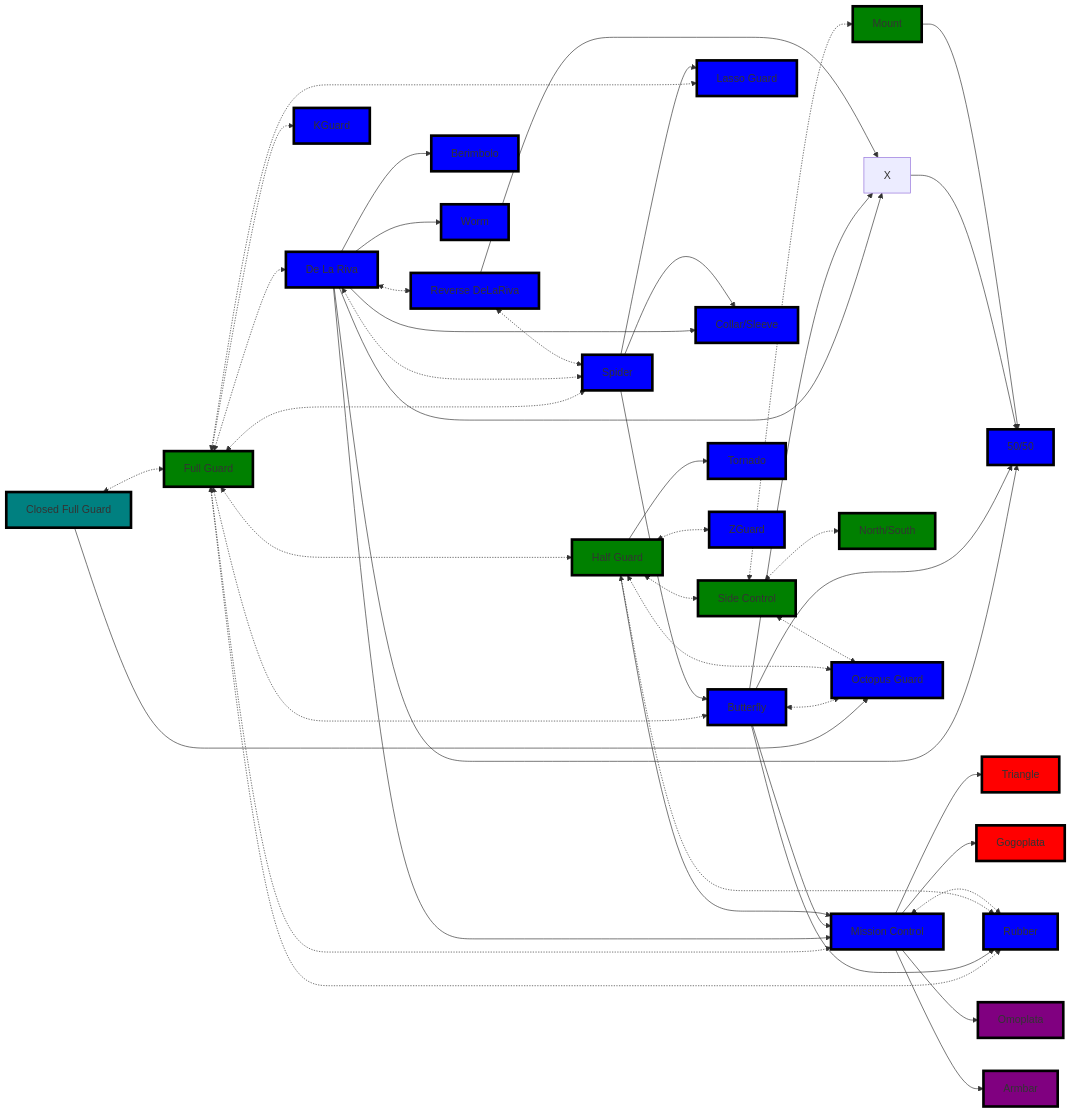
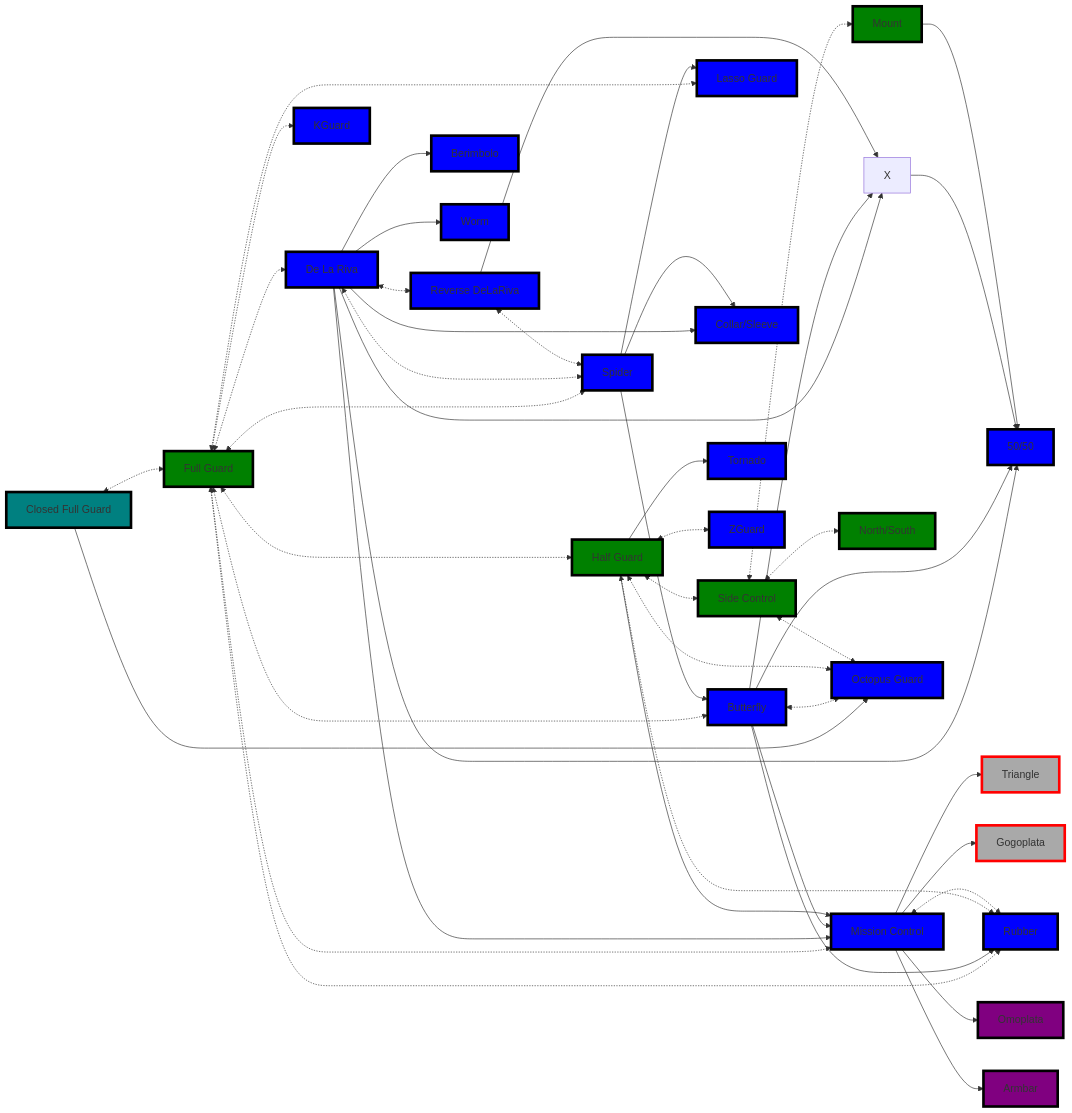
One commit to jacgit18/DevHiveMind changed the first of 4 diagrams in _Fitness/MMA/Real World BJJ Flows.md. Above: the diagram before and after it, drawn with Mermaid.

Commit message:
M "_Fitness/MMA/Real World BJJ Flows.md"

```diff
--- a/_Fitness/MMA/Real World BJJ Flows.md
+++ b/_Fitness/MMA/Real World BJJ Flows.md
@@ -119,10 +119,9 @@
 
 style Z fill:blue,stroke:black,stroke-width:4px,shadow:shadow
 
+style 1 fill:darkgray,stroke:red,stroke-width:4px,shadow:shadow
 
-style 1 fill:red,stroke:black,stroke-width:4px,shadow:shadow
-
-style 2 fill:red,stroke:black,stroke-width:4px,shadow:shadow
+style 2 fill:darkgray,stroke:red,stroke-width:4px,shadow:shadow
 
 style 3 fill:purple,stroke:black,stroke-width:4px,shadow:shadow
 
```
